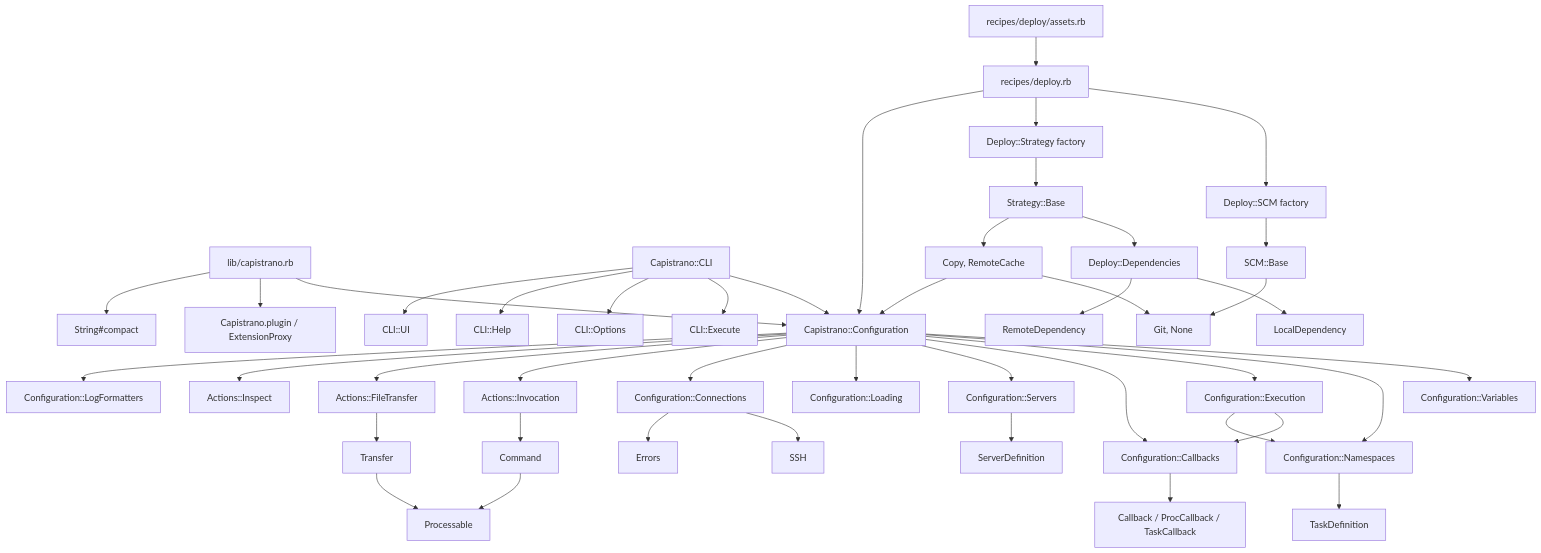
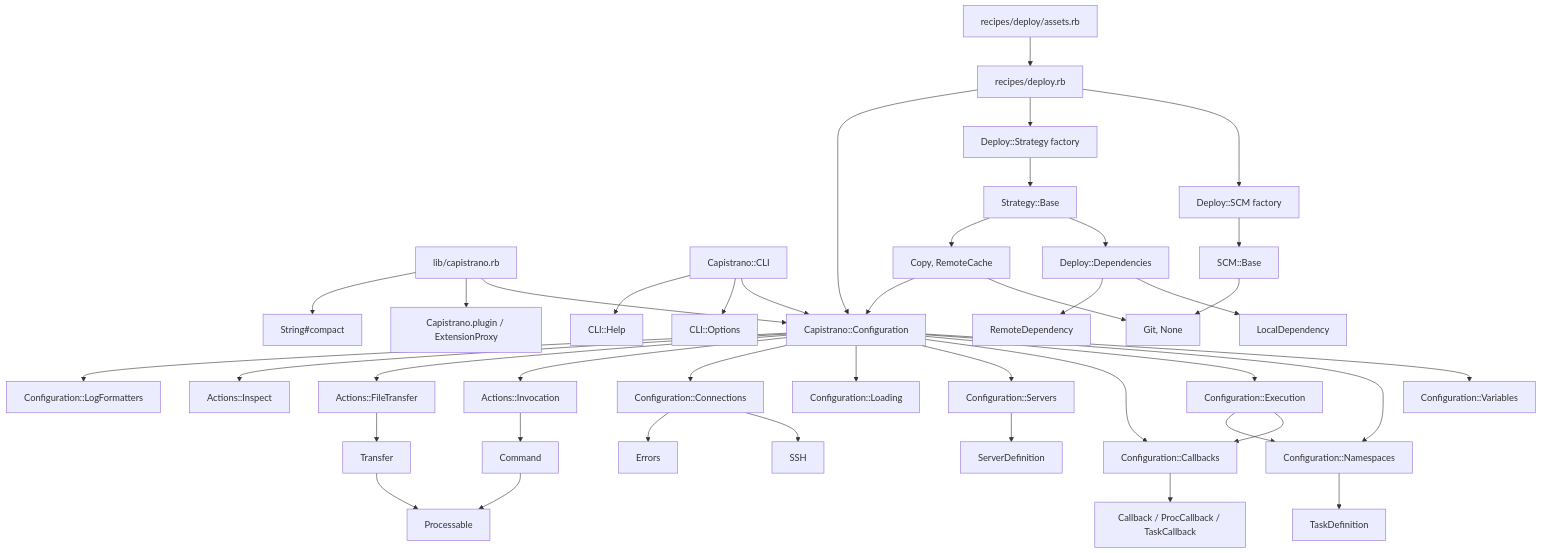
The diagram in docs/lib-codebase-map.md (mackuba/capistrano-lite), drawn with Mermaid before and after one commit. The commit also changed other lines of this file and 21 other files, not shown here.

````diff
--- a/docs/lib-codebase-map.md
+++ b/docs/lib-codebase-map.md
@@ -72,51 +70,49 @@
 ```mermaid
 flowchart TD
   root["lib/capistrano.rb"] --> config["Capistrano::Configuration"]
   root --> extensions["Capistrano.plugin / ExtensionProxy"]
   root --> string_ext["String#compact"]
 
   cli["Capistrano::CLI"] --> config
-  cli --> cli_execute["CLI::Execute"]
   cli --> cli_options["CLI::Options"]
   cli --> cli_help["CLI::Help"]
-  cli --> cli_ui["CLI::UI"]
 
   config --> variables["Configuration::Variables"]
   config --> namespaces["Configuration::Namespaces"]
   config --> execution["Configuration::Execution"]
   config --> callbacks["Configuration::Callbacks"]
   config --> servers_mod["Configuration::Servers"]
   config --> loading["Configuration::Loading"]
   config --> connections["Configuration::Connections"]
   config --> invocation["Actions::Invocation"]
   config --> transfer_actions["Actions::FileTransfer"]
   config --> inspect_actions["Actions::Inspect"]
   config --> log_formatters["Configuration::LogFormatters"]
 
   namespaces --> task_definition["TaskDefinition"]
   servers_mod --> server_definition["ServerDefinition"]
   connections --> ssh["SSH"]
   connections --> errors["Errors"]
   invocation --> command["Command"]
   transfer_actions --> transfer["Transfer"]
   command --> processable["Processable"]
   transfer --> processable
   callbacks --> callback_classes["Callback / ProcCallback / TaskCallback"]
   execution --> callbacks
   execution --> namespaces
 
   deploy_recipe["recipes/deploy.rb"] --> scm_factory["Deploy::SCM factory"]
   deploy_recipe --> strategy_factory["Deploy::Strategy factory"]
   deploy_recipe --> config
   assets_recipe["recipes/deploy/assets.rb"] --> deploy_recipe
 
   scm_factory --> scm_base["SCM::Base"]
   scm_base --> scm_adapters["Git, None"]
   strategy_factory --> strategy_base["Strategy::Base"]
   strategy_base --> dependencies["Deploy::Dependencies"]
   dependencies --> local_dep["LocalDependency"]
   dependencies --> remote_dep["RemoteDependency"]
   strategy_base --> strategies["Copy, RemoteCache"]
   strategies --> scm_adapters
   strategies --> config
 ```
````
